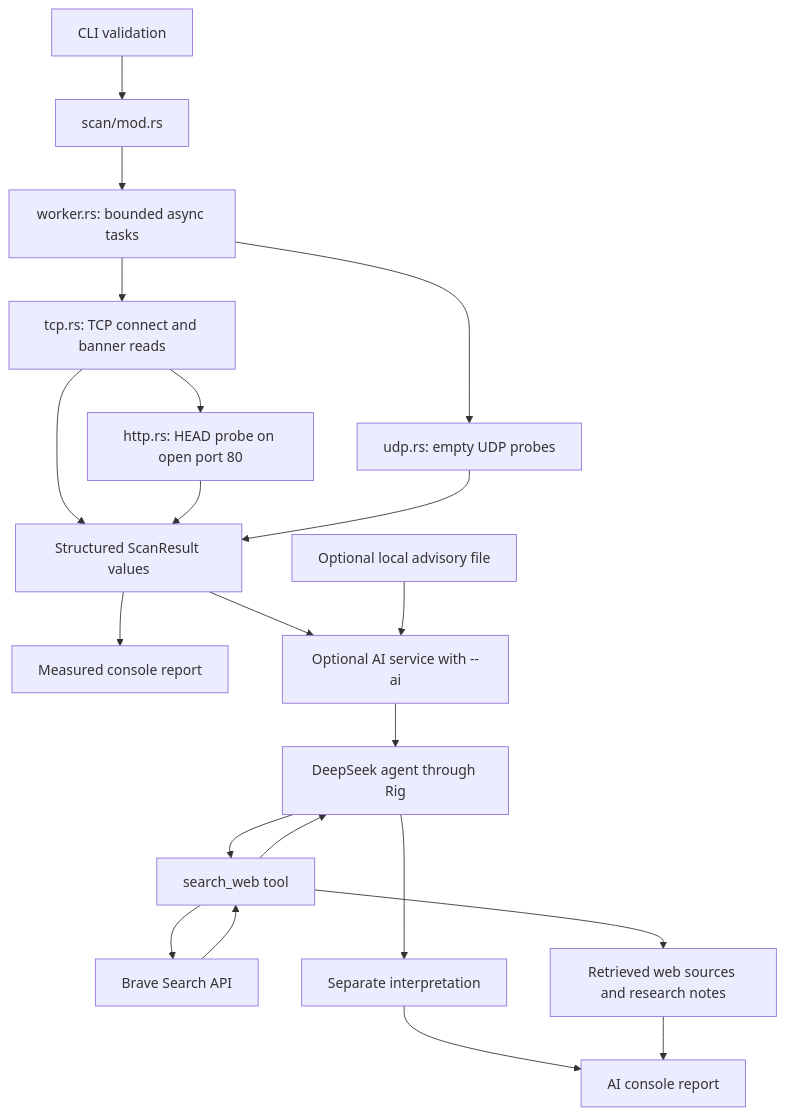
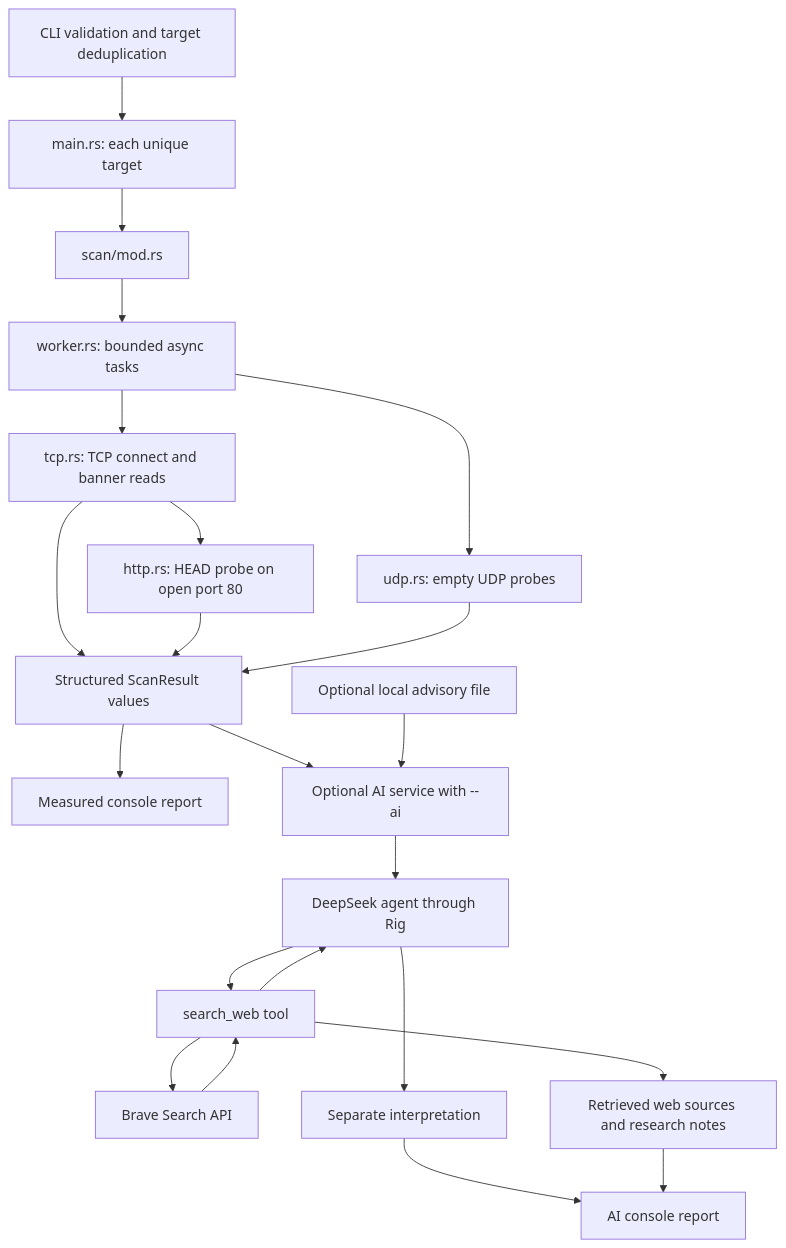
One commit to frankye961/rmap changed the diagram in docs/architecture.md. Above: the diagram before and after it, drawn with Mermaid. The commit also changed other lines of this file and 11 other files, not shown here.

Commit message:
feat: add unique multi-target scans and release v0.4.3

````diff
--- a/docs/architecture.md
+++ b/docs/architecture.md
@@ -7,23 +7,24 @@
 ```mermaid
 flowchart TD
-    CLI[CLI validation] --> Entry[scan/mod.rs]
+    CLI[CLI validation and target deduplication] --> Hosts[main.rs: each unique target]
+    Hosts --> Entry[scan/mod.rs]
     Entry --> Pool[worker.rs: bounded async tasks]
     Pool --> TCP[tcp.rs: TCP connect and banner reads]
     Pool --> UDP[udp.rs: empty UDP probes]
     TCP --> HTTP[http.rs: HEAD probe on open port 80]
     TCP --> Results[Structured ScanResult values]
     HTTP --> Results
     UDP --> Results
     Results --> Report[Measured console report]
     Results --> AI[Optional AI service with --ai]
     Local[Optional local advisory file] --> AI
     AI --> Agent[DeepSeek agent through Rig]
     Agent --> Search[search_web tool]
     Search --> Brave[Brave Search API]
     Brave --> Search
     Search --> Agent
     Agent --> Analysis[Separate interpretation]
     Search --> Evidence[Retrieved web sources and research notes]
     Analysis --> AIReport[AI console report]
     Evidence --> AIReport
 ```
````
